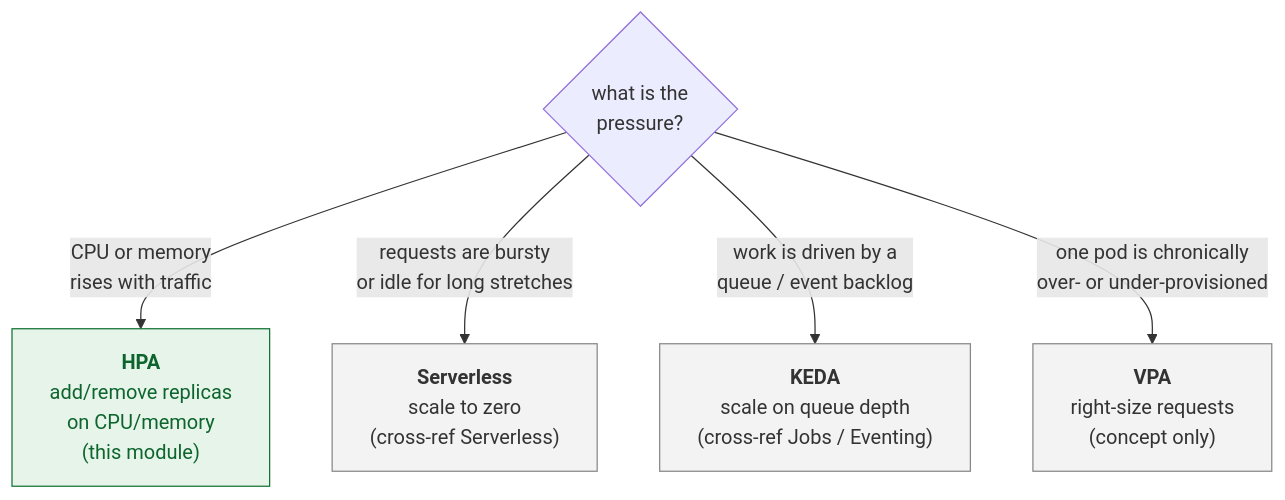
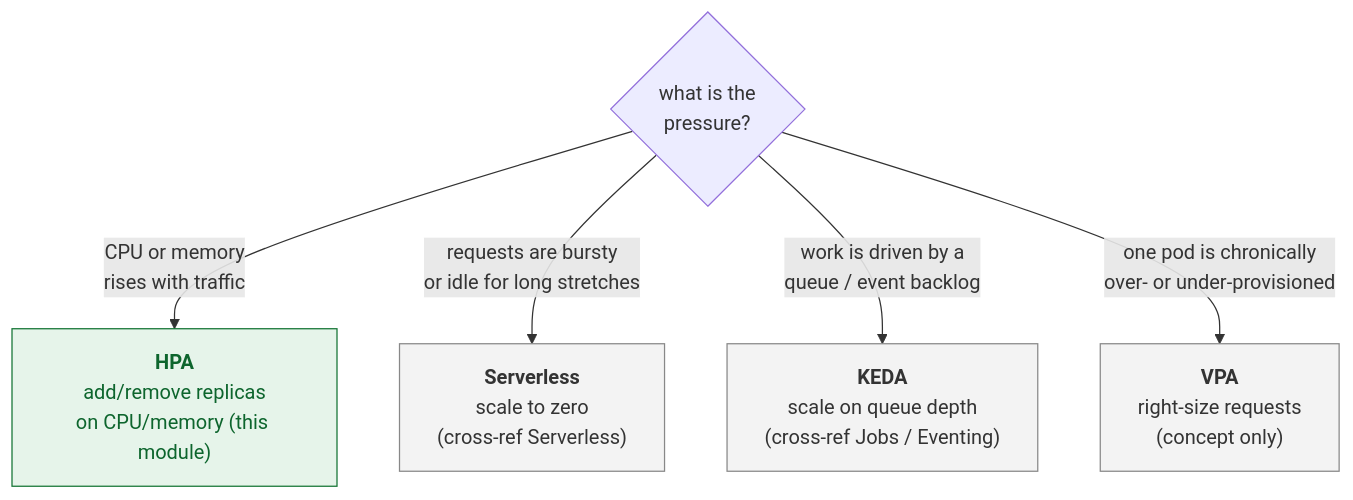
Before and after one commit to serhat-dirik/OCP-Getting-Started-Revamped: the diagram in content/modules/ROOT/examples/diagrams/observability-health-scale/03-scaling-decision-tree.mmd, drawn with Mermaid. The commit also changed 23 other files, not shown here.

```diff
--- a/content/modules/ROOT/examples/diagrams/observability-health-scale/03-scaling-decision-tree.mmd
+++ b/content/modules/ROOT/examples/diagrams/observability-health-scale/03-scaling-decision-tree.mmd
@@ -1,9 +1,14 @@
+%% Scaling decision tree — Observability, Health & Scale.
+%% One question, four answers, in the branch order concept.adoc's bullets use. HPA is the one this
+%% module builds; the other three are cross-references to real modules.
+%% Rewrapped 2026-08-23: `HPA` carried four label lines where its three siblings carry three, so
+%% it alone set the height of the answer rank. Same words, three lines.
 flowchart TD
-  START{what is the<br/>pressure?} -->|CPU or memory<br/>rises with traffic| HPA["<b>HPA</b><br/>add/remove replicas<br/>on CPU/memory<br/>(this module)"]
+  START{what is the<br/>pressure?} -->|CPU or memory<br/>rises with traffic| HPA["<b>HPA</b><br/>add/remove replicas<br/>on CPU/memory (this module)"]
   START -->|requests are bursty<br/>or idle for long stretches| KN["<b>Serverless</b><br/>scale to zero<br/>(cross-ref Serverless)"]
   START -->|work is driven by a<br/>queue / event backlog| KEDA["<b>KEDA</b><br/>scale on queue depth<br/>(cross-ref Jobs / Eventing)"]
   START -->|one pod is chronically<br/>over- or under-provisioned| VPA["<b>VPA</b><br/>right-size requests<br/>(concept only)"]
   classDef pick fill:#e6f4ea,stroke:#137333,color:#0d652d;
   classDef other fill:#f3f3f3,stroke:#888,color:#333;
   class HPA pick;
   class KN,KEDA,VPA other;
```
